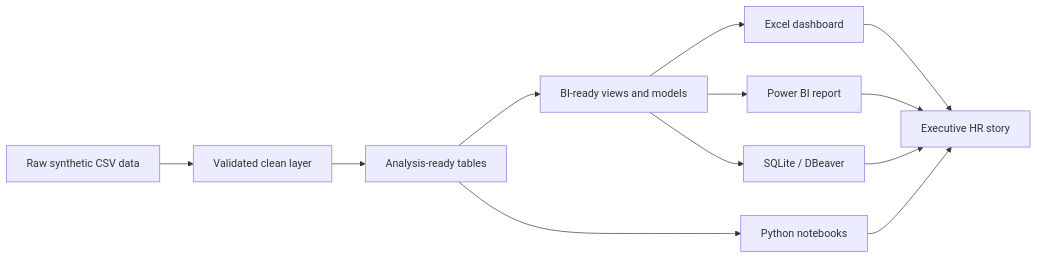
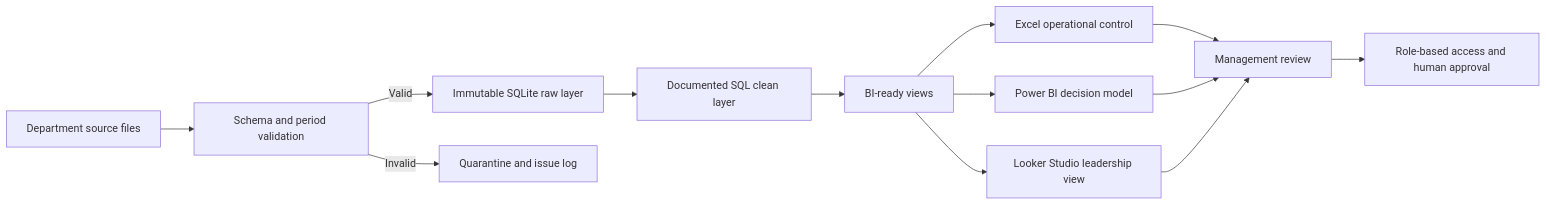
The diagram in README.md (samusa099/bd-hr-analytics), drawn with Mermaid before and after one commit. The commit also changed other lines of this file, not shown here.

````diff
--- a/README.md
+++ b/README.md
@@ -77,14 +117,15 @@
 ```mermaid
 flowchart LR
-    RAW[Raw synthetic CSV data] --> CLEAN[Validated clean layer]
-    CLEAN --> ANALYSIS[Analysis-ready tables]
-    ANALYSIS --> BI[BI-ready views and models]
-    BI --> EXCEL[Excel dashboard]
-    BI --> PBI[Power BI report]
-    BI --> SQL[SQLite / DBeaver]
-    ANALYSIS --> PY[Python notebooks]
-    EXCEL --> STORY[Executive HR story]
-    PBI --> STORY
-    SQL --> STORY
-    PY --> STORY
+    SOURCE[Department source files] --> VALIDATE[Schema and period validation]
+    VALIDATE -->|Valid| RAW[Immutable SQLite raw layer]
+    VALIDATE -->|Invalid| QUARANTINE[Quarantine and issue log]
+    RAW --> CLEAN[Documented SQL clean layer]
+    CLEAN --> BI[BI-ready views]
+    BI --> EXCEL[Excel operational control]
+    BI --> PBI[Power BI decision model]
+    BI --> LOOKER[Looker Studio leadership view]
+    EXCEL --> REVIEW[Management review]
+    PBI --> REVIEW
+    LOOKER --> REVIEW
+    REVIEW --> HUMAN[Role-based access and human approval]
 ```
````
